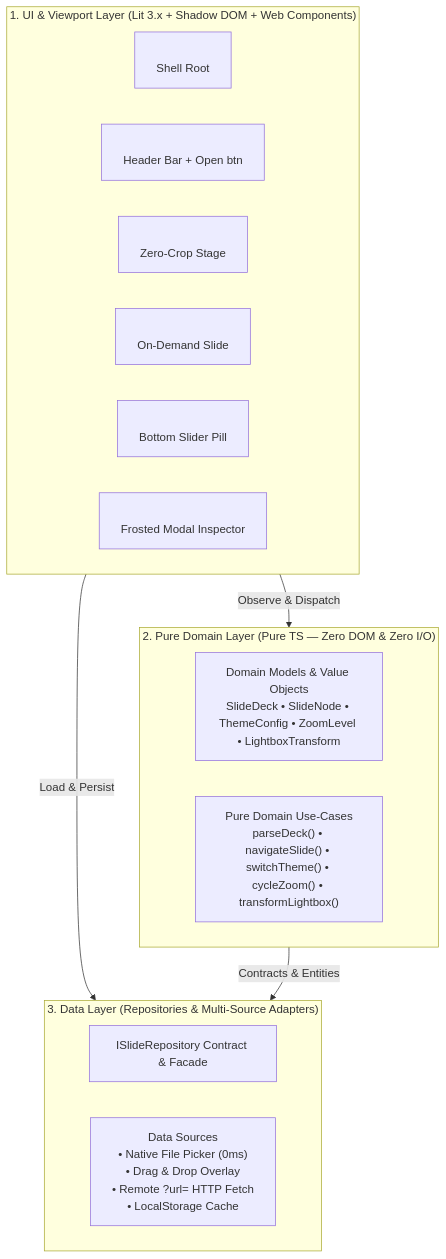
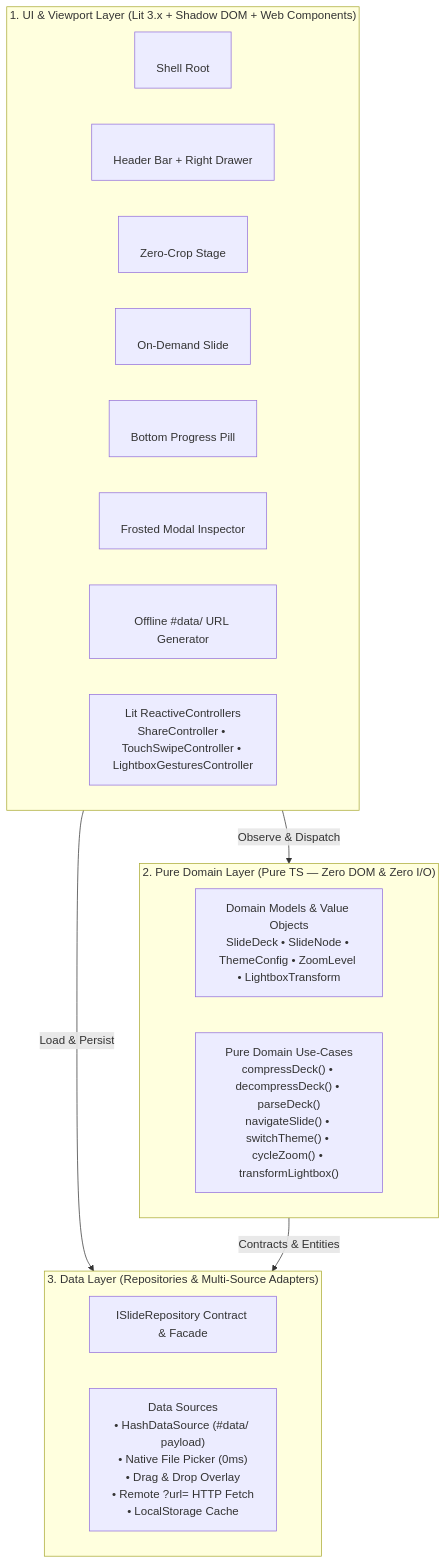
One commit to a-chhiong/Montre changed the diagram in README.md. Above: the diagram before and after it, drawn with Mermaid. The commit also changed other lines of this file, not shown here.

````diff
--- a/README.md
+++ b/README.md
@@ -27,25 +37,27 @@
 ```mermaid
 flowchart TB
     subgraph UI_Layer ["1. UI & Viewport Layer (Lit 3.x + Shadow DOM + Web Components)"]
         App["<montre-app><br/>Shell Root"]
-        TopNav["<montre-top-nav><br/>Header Bar + Open btn"]
+        TopNav["<montre-top-nav><br/>Header Bar + Right Drawer"]
         Viewport["<montre-viewport><br/>Zero-Crop Stage"]
         Slide["<montre-slide><br/>On-Demand Slide"]
-        Pill["<montre-floating-pill><br/>Bottom Slider Pill"]
+        Pill["<montre-floating-pill><br/>Bottom Progress Pill"]
         Lightbox["<montre-svg-lightbox><br/>Frosted Modal Inspector"]
+        ShareModal["<montre-share-modal><br/>Offline #data/ URL Generator"]
+        Controllers["Lit ReactiveControllers<br/>ShareController • TouchSwipeController • LightboxGesturesController"]
     end
 
     subgraph Domain_Layer ["2. Pure Domain Layer (Pure TS — Zero DOM & Zero I/O)"]
         Models["Domain Models & Value Objects<br/>SlideDeck • SlideNode • ThemeConfig • ZoomLevel • LightboxTransform"]
-        UseCases["Pure Domain Use-Cases<br/>parseDeck() • navigateSlide() • switchTheme() • cycleZoom() • transformLightbox()"]
+        UseCases["Pure Domain Use-Cases<br/>compressDeck() • decompressDeck() • parseDeck()<br/>navigateSlide() • switchTheme() • cycleZoom() • transformLightbox()"]
     end
 
     subgraph Data_Layer ["3. Data Layer (Repositories & Multi-Source Adapters)"]
         Repo["ISlideRepository Contract & Facade"]
-        Sources["Data Sources<br/>• Native File Picker (0ms)<br/>• Drag & Drop Overlay<br/>• Remote ?url= HTTP Fetch<br/>• LocalStorage Cache"]
+        Sources["Data Sources<br/>• HashDataSource (#data/ payload)<br/>• Native File Picker (0ms)<br/>• Drag & Drop Overlay<br/>• Remote ?url= HTTP Fetch<br/>• LocalStorage Cache"]
     end
 
     UI_Layer -->|"Observe & Dispatch"| Domain_Layer
     UI_Layer -->|"Load & Persist"| Data_Layer
     Domain_Layer -->|"Contracts & Entities"| Data_Layer
 ```
````
